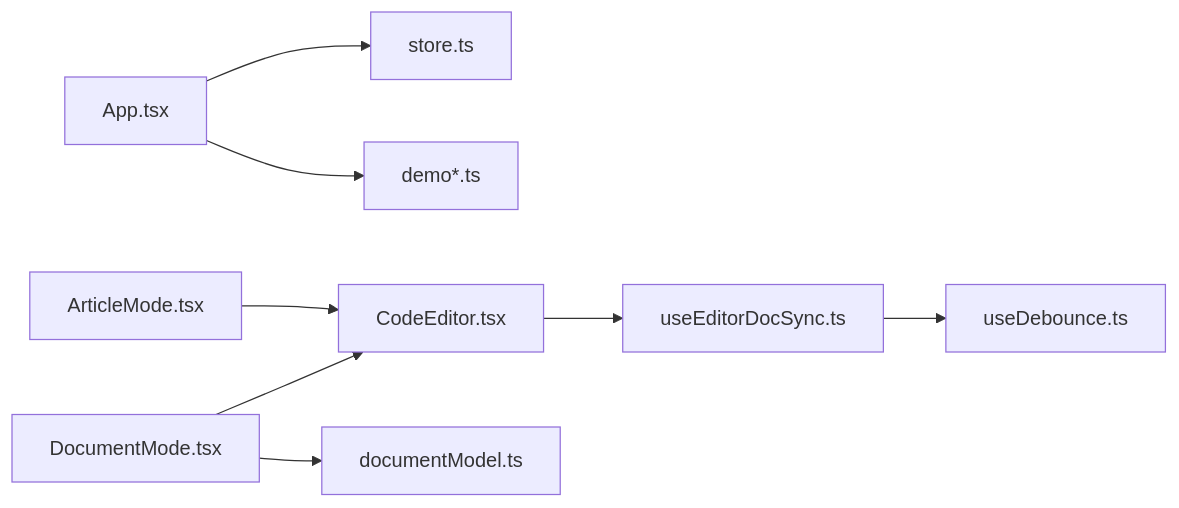
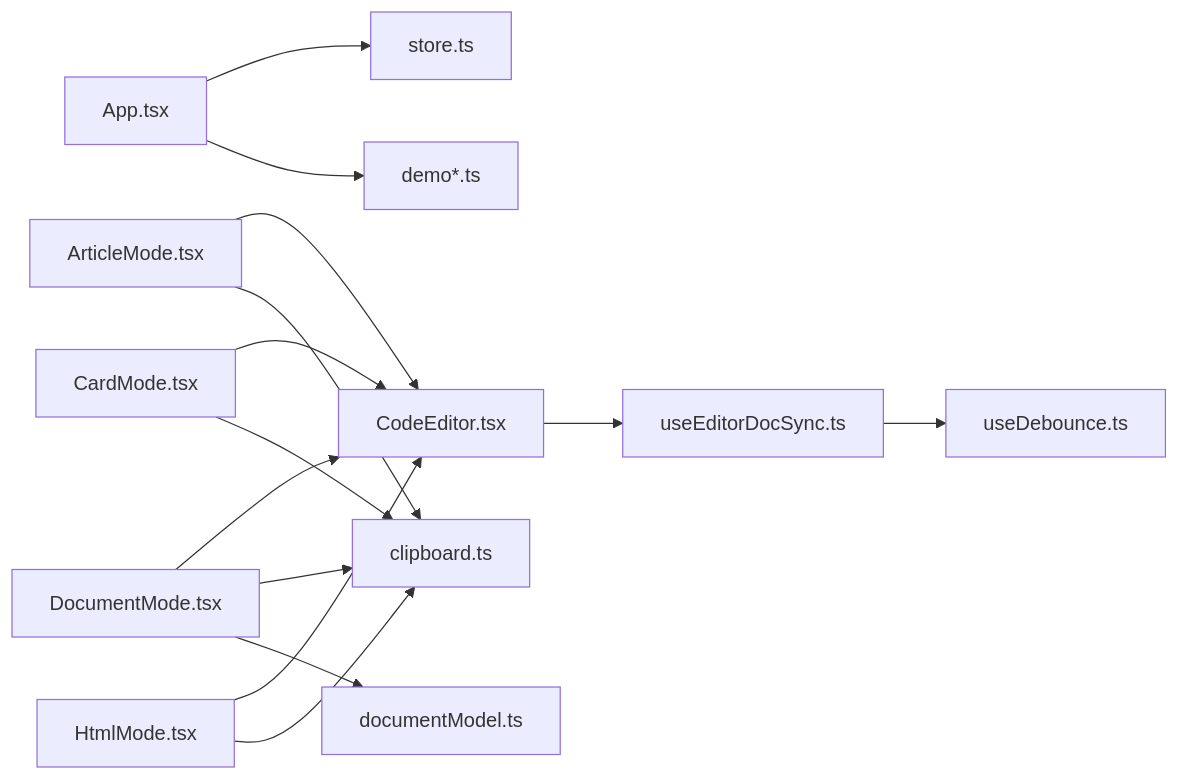
One commit to ZhongXiandou/markdown2view changed the ninth of 9 diagrams in .qoder/repowiki/zh/content/数据管理.md. Above: the diagram before and after it, drawn with Mermaid. The commit also changed other lines of this file and 21 other files, not shown here.

````diff
--- a/.qoder/repowiki/zh/content/数据管理.md
+++ b/.qoder/repowiki/zh/content/数据管理.md
@@ -320,10 +428,16 @@
 ```mermaid
 graph LR
 APP["App.tsx"] --> STORE["store.ts"]
 APP --> DEMOS["demo*.ts"]
 ART_MODE["ArticleMode.tsx"] --> CODE["CodeEditor.tsx"]
 DOC_MODE["DocumentMode.tsx"] --> CODE
+CARD_MODE["CardMode.tsx"] --> CODE
+HTML_MODE["HtmlMode.tsx"] --> CODE
 CODE --> SYNC["useEditorDocSync.ts"]
 SYNC --> DEBOUNCE["useDebounce.ts"]
+ART_MODE --> CLIPBOARD["clipboard.ts"]
+DOC_MODE --> CLIPBOARD
+CARD_MODE --> CLIPBOARD
+HTML_MODE --> CLIPBOARD
 DOC_MODE --> MODEL["documentModel.ts"]
 ```
````
